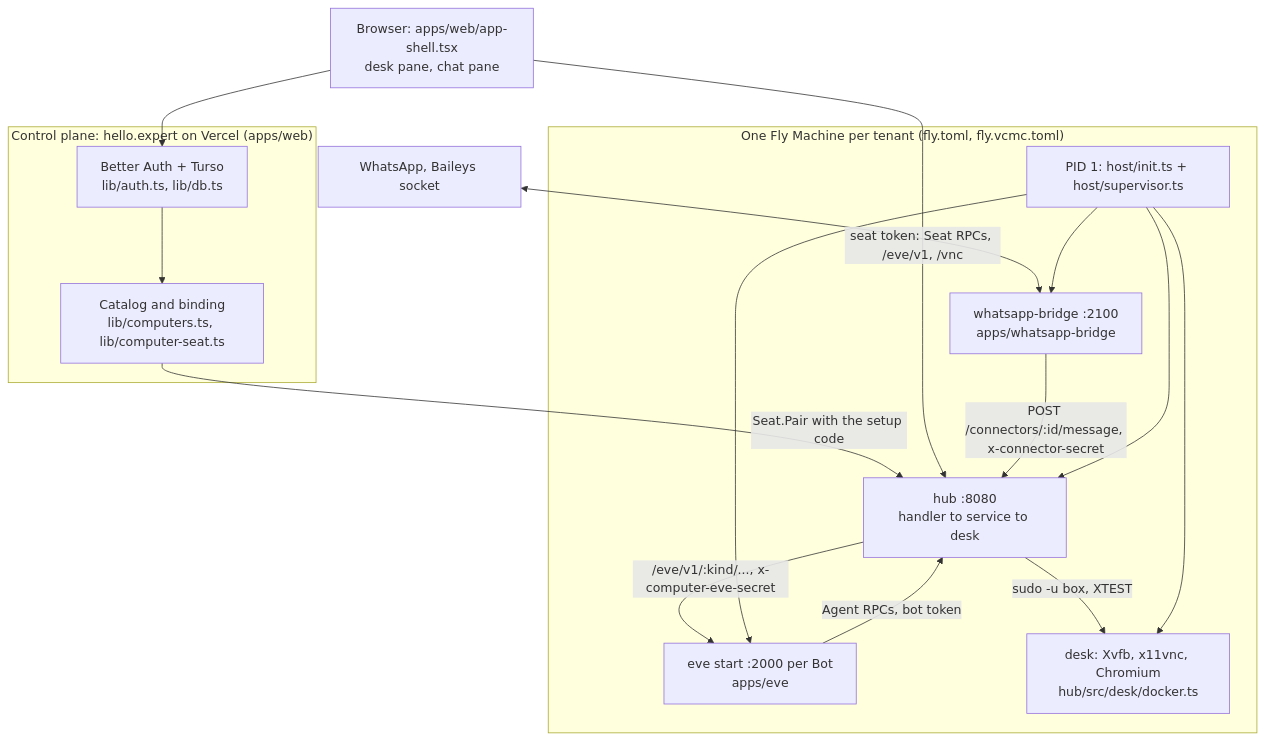
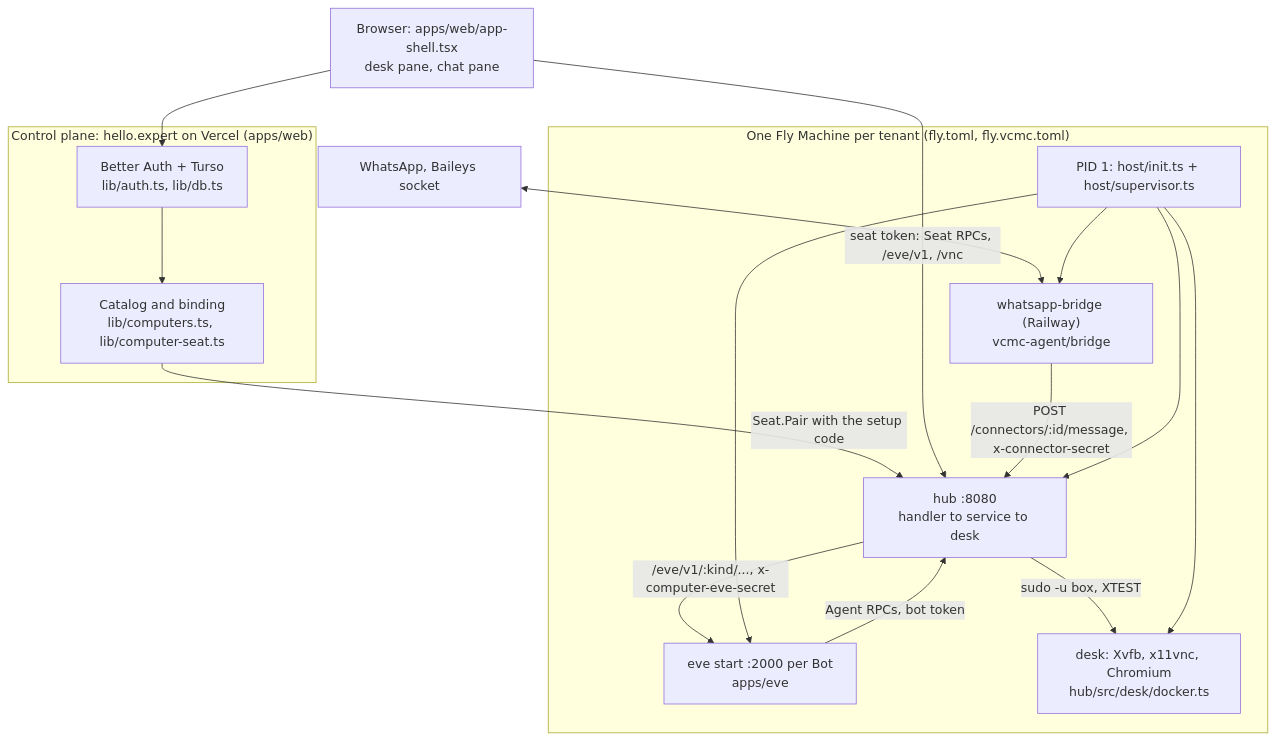
One commit to mblode/expert changed the first of 2 diagrams in docs/ARCHITECTURE.md. Above: the diagram before and after it, drawn with Mermaid. The commit also changed 48 other files, not shown here.

````diff
--- a/docs/ARCHITECTURE.md
+++ b/docs/ARCHITECTURE.md
@@ -21,33 +21,33 @@
 ```mermaid
 flowchart TB
   browser["Browser: apps/web/app-shell.tsx<br/>desk pane, chat pane"]
 
   subgraph control["Control plane: hello.expert on Vercel (apps/web)"]
     auth["Better Auth + Turso<br/>lib/auth.ts, lib/db.ts"]
     catalog["Catalog and binding<br/>lib/computers.ts, lib/computer-seat.ts"]
   end
 
   subgraph machine["One Fly Machine per tenant (fly.toml, fly.vcmc.toml)"]
     init["PID 1: host/init.ts + host/supervisor.ts"]
     hub["hub :8080<br/>handler to service to desk"]
     eve["eve start :2000 per Bot<br/>apps/eve"]
-    bridge["whatsapp-bridge :2100<br/>apps/whatsapp-bridge"]
+    bridge["whatsapp-bridge (Railway)<br/>vcmc-agent/bridge"]
     desk["desk: Xvfb, x11vnc, Chromium<br/>hub/src/desk/docker.ts"]
   end
 
   wa["WhatsApp, Baileys socket"]
 
   browser --> auth
   auth --> catalog
   catalog -->|"Seat.Pair with the setup code"| hub
   browser -->|"seat token: Seat RPCs, /eve/v1, /vnc"| hub
   wa <--> bridge
   bridge -->|"POST /connectors/:id/message, x-connector-secret"| hub
   hub -->|"/eve/v1/:kind/..., x-computer-eve-secret"| eve
   eve -->|"Agent RPCs, bot token"| hub
   hub -->|"sudo -u box, XTEST"| desk
   init --> hub
   init --> eve
   init --> bridge
   init --> desk
 ```
````
